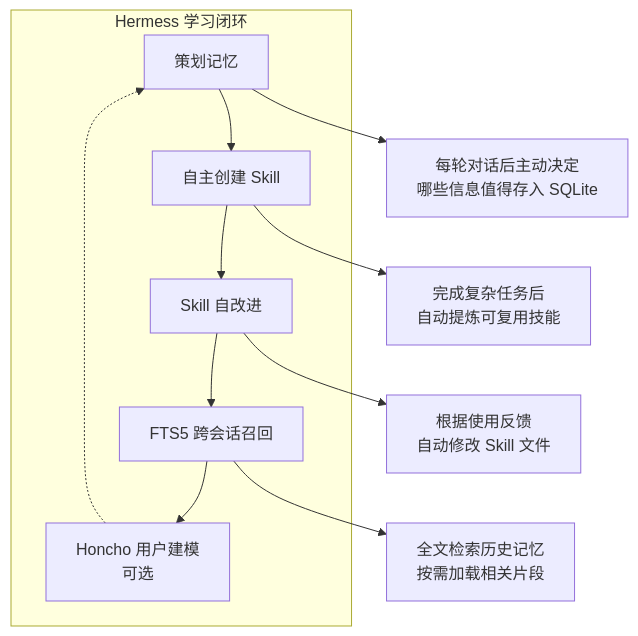
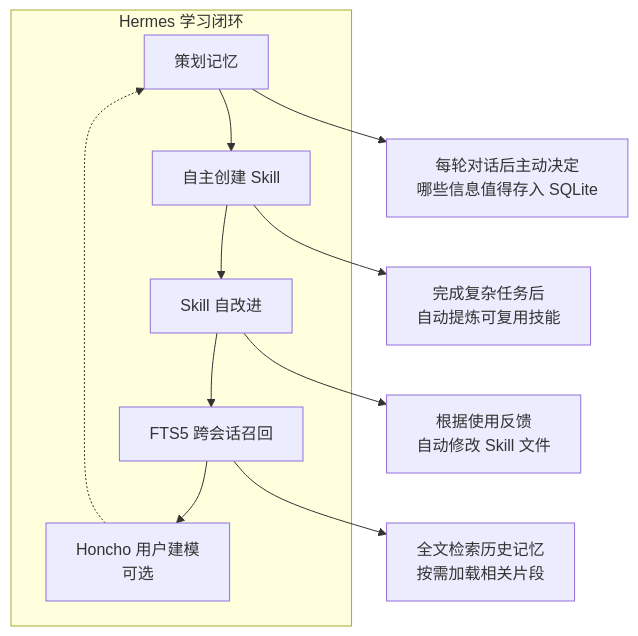
One commit to holny/Agent-Harness-Develop-Book changed diagram 23 of 30 in README.md. Above: the diagram before and after it, drawn with Mermaid. The commit also changed other lines of this file, not shown here.

````diff
--- a/README.md
+++ b/README.md
@@ -2529,15 +2569,15 @@
 ```mermaid
 flowchart TD
-    subgraph LearningLoop [Hermess 学习闭环]
+    subgraph LearningLoop [Hermes 学习闭环]
         L1[策划记忆] --> L2[自主创建 Skill]
         L2 --> L3[Skill 自改进]
         L3 --> L4[FTS5 跨会话召回]
         L4 --> L5[Honcho 用户建模<br>可选]
         L5 -.-> L1
     end
     
     L1 --> L1A[每轮对话后主动决定<br>哪些信息值得存入 SQLite]
     L2 --> L2A[完成复杂任务后<br>自动提炼可复用技能]
     L3 --> L3A[根据使用反馈<br>自动修改 Skill 文件]
     L4 --> L4A[全文检索历史记忆<br>按需加载相关片段]
 ```
````
